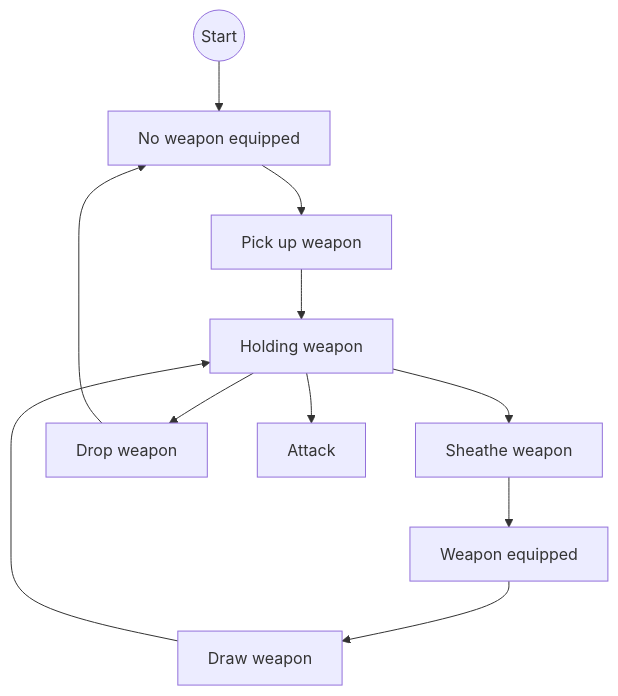
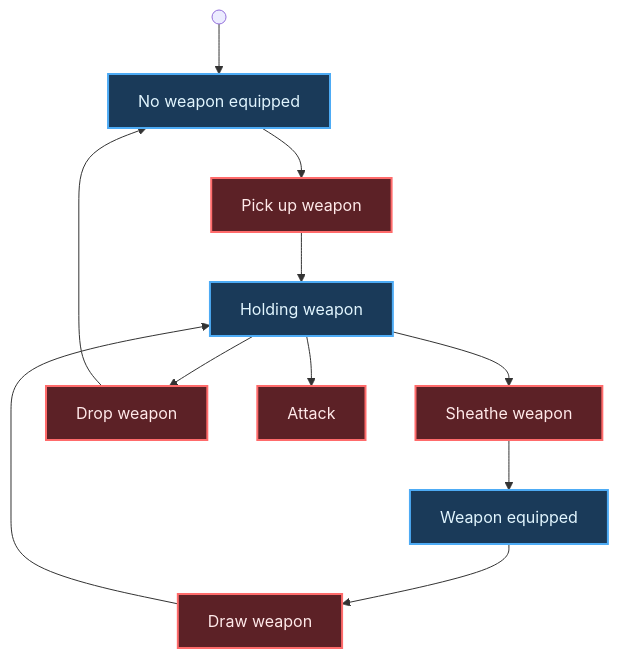
The second of 3 diagrams in _posts/1970-01-01-mugen-devlog-1.md (mugenmelon/mugenmelon.github.io), drawn with Mermaid before and after one commit. The commit also changed other lines of this file, not shown here.

Commit message:
Improve diagrams

```diff
--- a/_posts/1970-01-01-mugen-devlog-1.md
+++ b/_posts/1970-01-01-mugen-devlog-1.md
@@ -139,17 +141,24 @@
 <pre class="mermaid">
 flowchart
-    start(("Start"))
-    no-weapon["No weapon equipped"]
-    pickup-weapon["Pick up weapon"]
-    has-weapon["Weapon equipped"]
-    draw-weapon["Draw weapon"]
-    holding-weapon["Holding weapon"]
-    sheathe-weapon["Sheathe weapon"]
-    drop-weapon["Drop weapon"]
-    attack["Attack"]
+    start@{ shape: sm-circ }
+    no-weapon["`No weapon equipped`"]:::blueNode
+    pickup-weapon["`Pick up weapon`"]:::redNode
+    has-weapon["`Weapon equipped`"]:::blueNode
+    draw-weapon["`Draw weapon`"]:::redNode
+    holding-weapon["`Holding weapon`"]:::blueNode
+    sheathe-weapon["`Sheathe weapon`"]:::redNode
+    drop-weapon["`Drop weapon`"]:::redNode
+    attack["`Attack`"]:::redNode
 
-    start --> no-weapon --> pickup-weapon --> holding-weapon
+    start --> no-weapon
+    no-weapon --> pickup-weapon
+    pickup-weapon --> holding-weapon
     holding-weapon --> sheathe-weapon & drop-weapon & attack
-    sheathe-weapon --> has-weapon --> draw-weapon --> holding-weapon
+    sheathe-weapon --> has-weapon
+    has-weapon --> draw-weapon
+    draw-weapon --> holding-weapon
     drop-weapon --> no-weapon
+
+    classDef blueNode fill:#1a3a59,stroke:#4dabf5,stroke-width:2px,color:#e1f5fe
+    classDef redNode fill:#5c2126,stroke:#ff6b6b,stroke-width:2px,color:#ffe9e9
 </pre>
```
